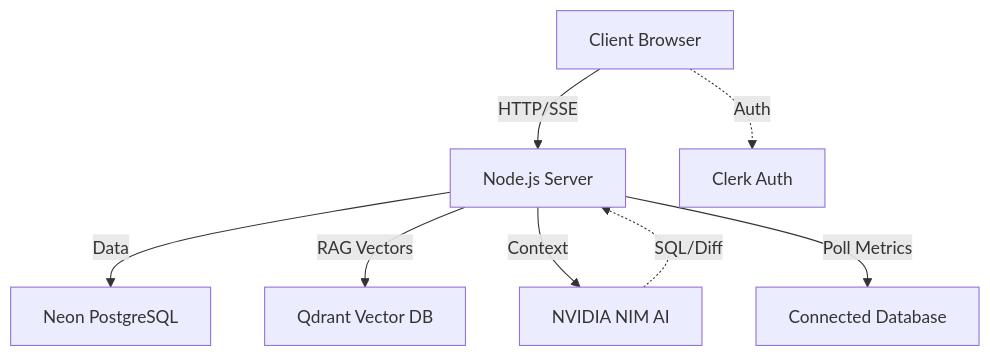
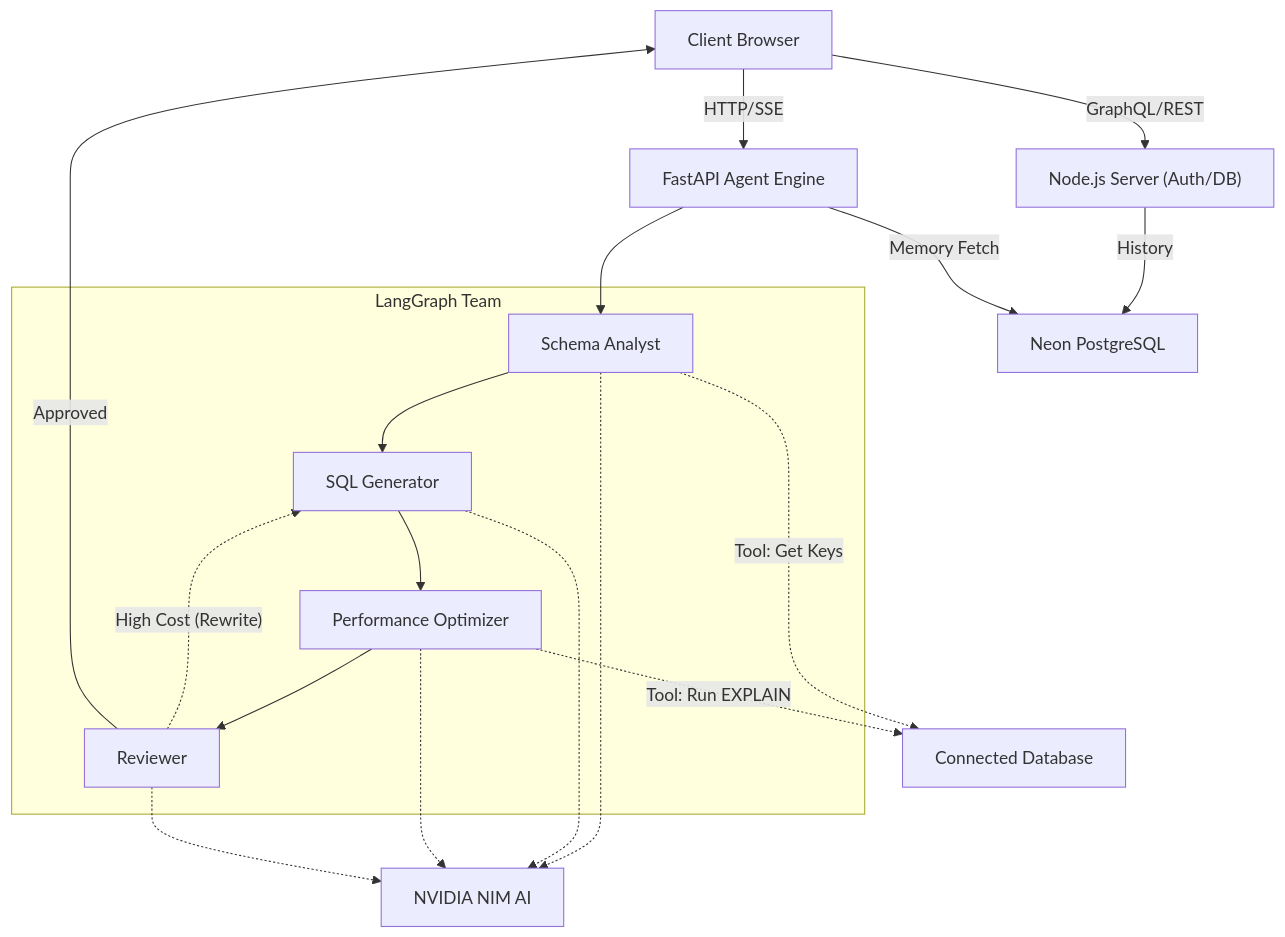
One commit to rishabhsingh8445/query-sage changed the diagram in README.md. Above: the diagram before and after it, drawn with Mermaid. The commit also changed other lines of this file, not shown here.

Commit message:
docs: Update README for V2 Flagship Agentic Architecture

````diff
--- a/README.md
+++ b/README.md
@@ -46,20 +48,36 @@
 ```mermaid
 graph TD
     %% Core Nodes
     Client["Client Browser"]
-    API["Node.js Server"]
+    NodeAPI["Node.js Server (Auth/DB)"]
+    PythonAPI["FastAPI Agent Engine"]
     Neon["Neon PostgreSQL"]
-    Qdrant["Qdrant Vector DB"]
     LLM["NVIDIA NIM AI"]
     LiveDB["Connected Database"]
-    Auth["Clerk Auth"]
+
+    %% LangGraph Agents
+    subgraph "LangGraph Team"
+        Schema["Schema Analyst"]
+        Gen["SQL Generator"]
+        Opt["Performance Optimizer"]
+        Rev["Reviewer"]
+    end
 
     %% Edges
-    Client -->|"HTTP/SSE"| API
-    Client -.->|"Auth"| Auth
-    API -->|"Data"| Neon
-    API -->|"RAG Vectors"| Qdrant
-    API -->|"Context"| LLM
-    LLM -.->|"SQL/Diff"| API
-    API -->|"Poll Metrics"| LiveDB
+    Client -->|"HTTP/SSE"| PythonAPI
+    Client -->|"GraphQL/REST"| NodeAPI
+    NodeAPI -->|"History"| Neon
+    PythonAPI -->|"Memory Fetch"| Neon
+    PythonAPI --> Schema
+    Schema --> Gen
+    Gen --> Opt
+    Opt --> Rev
+    Rev -.->|"High Cost (Rewrite)"| Gen
+    Rev -->|"Approved"| Client
+    Schema -.->|"Tool: Get Keys"| LiveDB
+    Opt -.->|"Tool: Run EXPLAIN"| LiveDB
+    Schema -.-> LLM
+    Gen -.-> LLM
+    Opt -.-> LLM
+    Rev -.-> LLM
 ```
````
